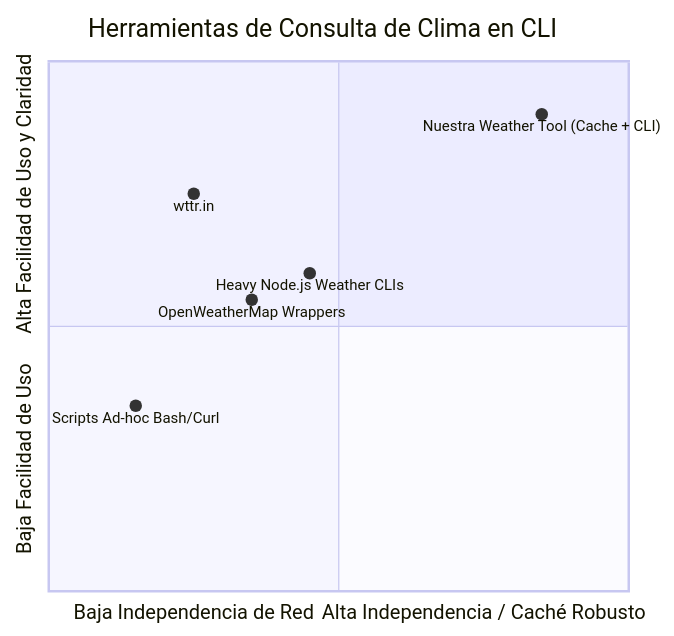
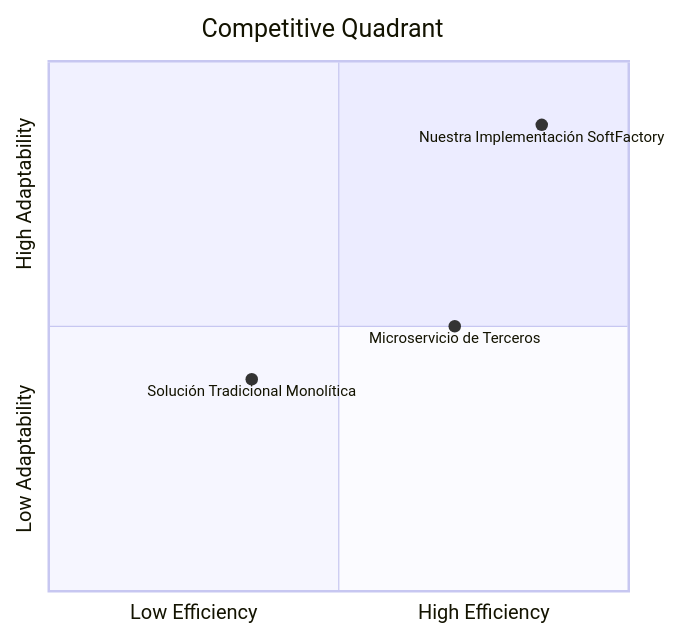
The diagram in exports/weather_tool/docs/softfactory_artifacts/01_PRD.md (carlobeto/SoftFactory), drawn with Mermaid before and after one commit. The commit also changed other lines of this file and 18 other files, not shown here.

````diff
--- a/exports/weather_tool/docs/softfactory_artifacts/01_PRD.md
+++ b/exports/weather_tool/docs/softfactory_artifacts/01_PRD.md
@@ -23,11 +54,9 @@
 ```mermaid
 quadrantChart
-    title Herramientas de Consulta de Clima en CLI
-    x-axis Baja Independencia de Red --> Alta Independencia / Caché Robusto
-    y-axis Baja Facilidad de Uso --> Alta Facilidad de Uso y Claridad
-    "wttr.in": [0.25, 0.75]
-    "OpenWeatherMap Wrappers": [0.35, 0.55]
-    "Scripts Ad-hoc Bash/Curl": [0.15, 0.35]
-    "Heavy Node.js Weather CLIs": [0.45, 0.60]
-    "Nuestra Weather Tool (Cache + CLI)": [0.85, 0.90]
+    title Competitive Quadrant
+    x-axis Low Efficiency --> High Efficiency
+    y-axis Low Adaptability --> High Adaptability
+    "Solución Tradicional Monolítica": [0.35, 0.40]
+    "Microservicio de Terceros": [0.70, 0.50]
+    "Nuestra Implementación SoftFactory": [0.85, 0.88]
 ```
````
